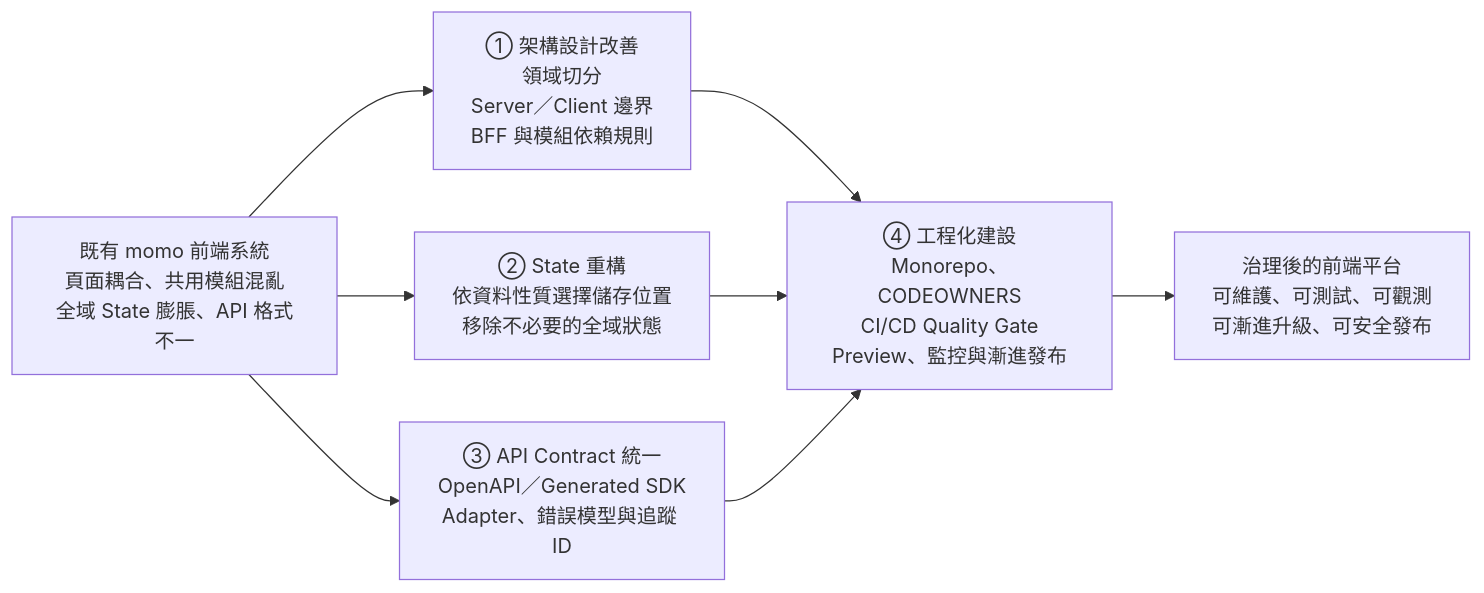
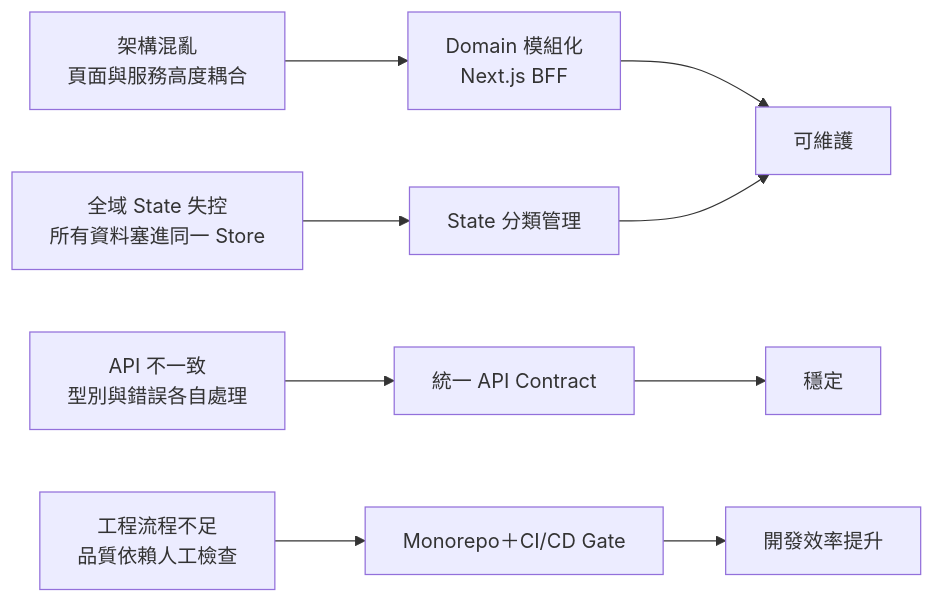
One commit to ShackArbeit/Momo_Interview changed the first of 11 diagrams in debat.md. Above: the diagram before and after it, drawn with Mermaid. The commit also changed other lines of this file, not shown here.

````diff
--- a/debat.md
+++ b/debat.md
@@ -25,22 +10,17 @@
 ```mermaid
 flowchart LR
-    Legacy["既有 momo 前端系統<br/>頁面耦合、共用模組混亂<br/>全域 State 膨脹、API 格式不一"]
+    A["架構混亂<br/>頁面與服務高度耦合"]
+    B["全域 State 失控<br/>所有資料塞進同一 Store"]
+    C["API 不一致<br/>型別與錯誤各自處理"]
+    D["工程流程不足<br/>品質依賴人工檢查"]
 
-    A["① 架構設計改善<br/>領域切分<br/>Server／Client 邊界<br/>BFF 與模組依賴規則"]
+    A --> A1["Domain 模組化<br/>Next.js BFF"]
+    B --> B1["State 分類管理"]
+    C --> C1["統一 API Contract"]
+    D --> D1["Monorepo＋CI/CD Gate"]
 
-    B["② State 重構<br/>依資料性質選擇儲存位置<br/>移除不必要的全域狀態"]
-
-    C["③ API Contract 統一<br/>OpenAPI／Generated SDK<br/>Adapter、錯誤模型與追蹤 ID"]
-
-    D["④ 工程化建設<br/>Monorepo、CODEOWNERS<br/>CI/CD Quality Gate<br/>Preview、監控與漸進發布"]
-
-    Goal["治理後的前端平台<br/>可維護、可測試、可觀測<br/>可漸進升級、可安全發布"]
-
-    Legacy --> A
-    Legacy --> B
-    Legacy --> C
-    A --> D
-    B --> D
-    C --> D
-    D --> Goal
+    A1 --> G["可維護"]
+    B1 --> G
+    C1 --> H["穩定"]
+    D1 --> I["開發效率提升"]
 ```
````
